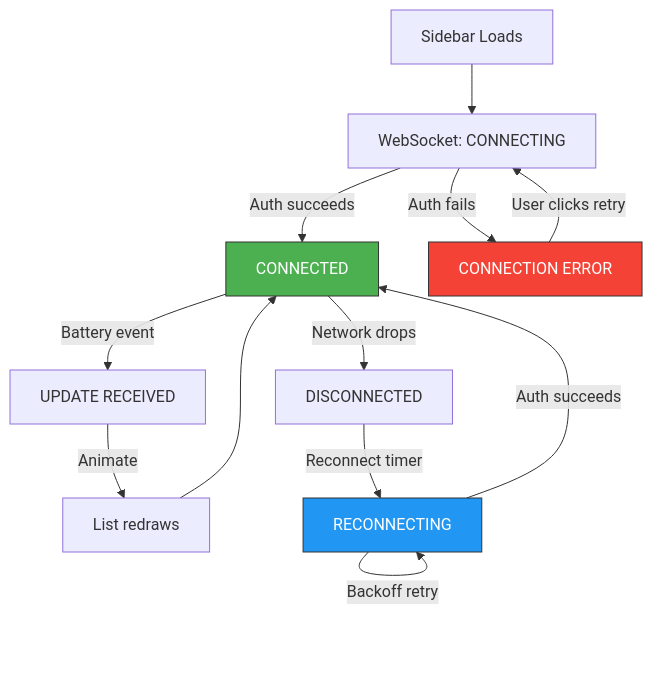
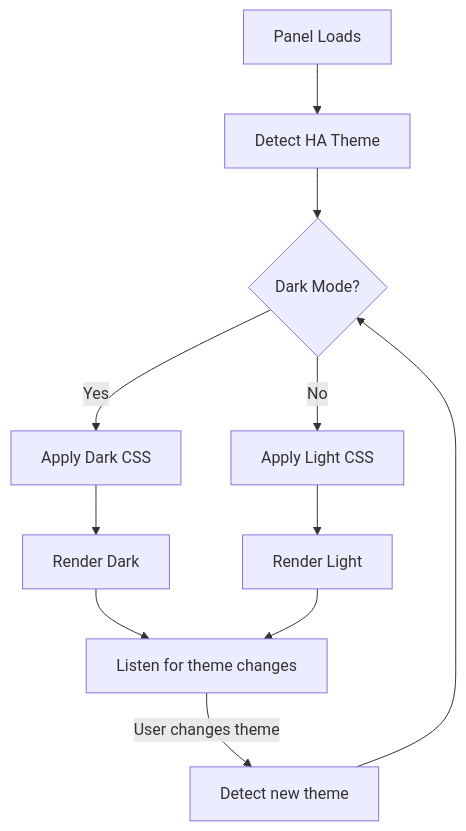
The fourth of 5 diagrams in design/interactions.md (declanshanaghy/vulcan-brownout), drawn with Mermaid before and after one commit. The commit also changed other lines of this file and 19 other files, not shown here.

````diff
--- a/design/interactions.md
+++ b/design/interactions.md
@@ -630,18 +960,13 @@
 ```mermaid
 graph TD
-    A["Sidebar Loads"] --> B["WebSocket: CONNECTING"]
-    B -->|Auth succeeds| C["CONNECTED"]
-    B -->|Auth fails| D["CONNECTION ERROR"]
-    C -->|Network drops| E["DISCONNECTED"]
-    C -->|Battery event| F["UPDATE RECEIVED"]
-    F -->|Animate| G["List redraws"]
-    G --> C
-    E -->|Reconnect timer| H["RECONNECTING"]
-    H -->|Auth succeeds| C
-    H -->|Backoff retry| H
-    D -->|User clicks retry| B
-
-    style C fill:#4CAF50,stroke:#333,color:#fff
-    style D fill:#F44336,stroke:#333,color:#fff
-    style H fill:#2196F3,stroke:#333,color:#fff
+    A["Panel Loads"] --> B["Detect HA Theme"]
+    B --> C{Dark Mode?}
+    C -->|Yes| D["Apply Dark CSS"]
+    C -->|No| E["Apply Light CSS"]
+    D --> F["Render Dark"]
+    E --> G["Render Light"]
+    F --> H["Listen for theme changes"]
+    G --> H
+    H -->|User changes theme| I["Detect new theme"]
+    I --> C
 ```
````
